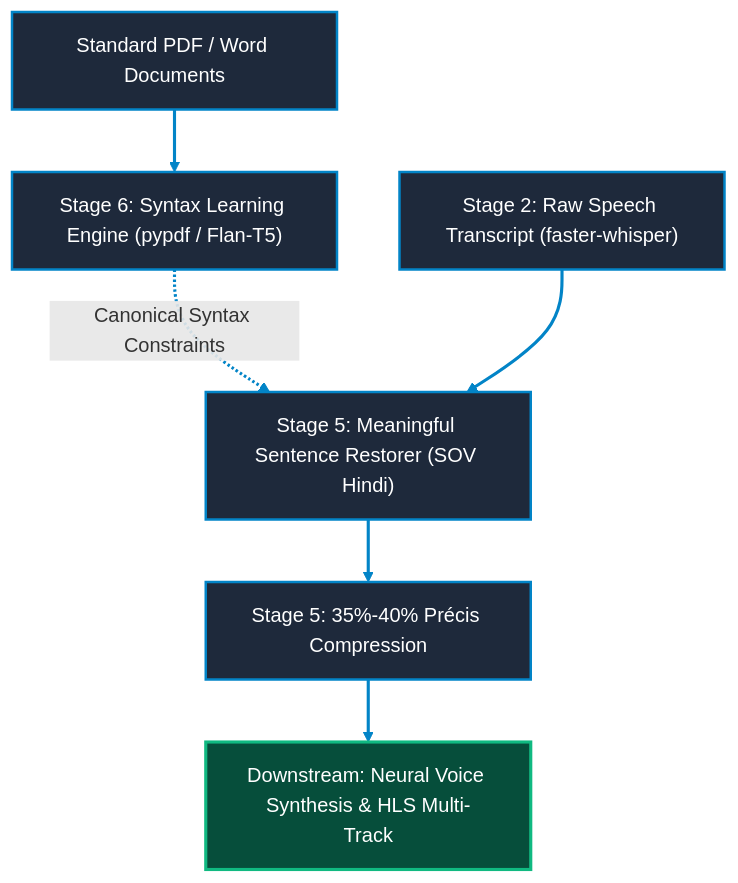
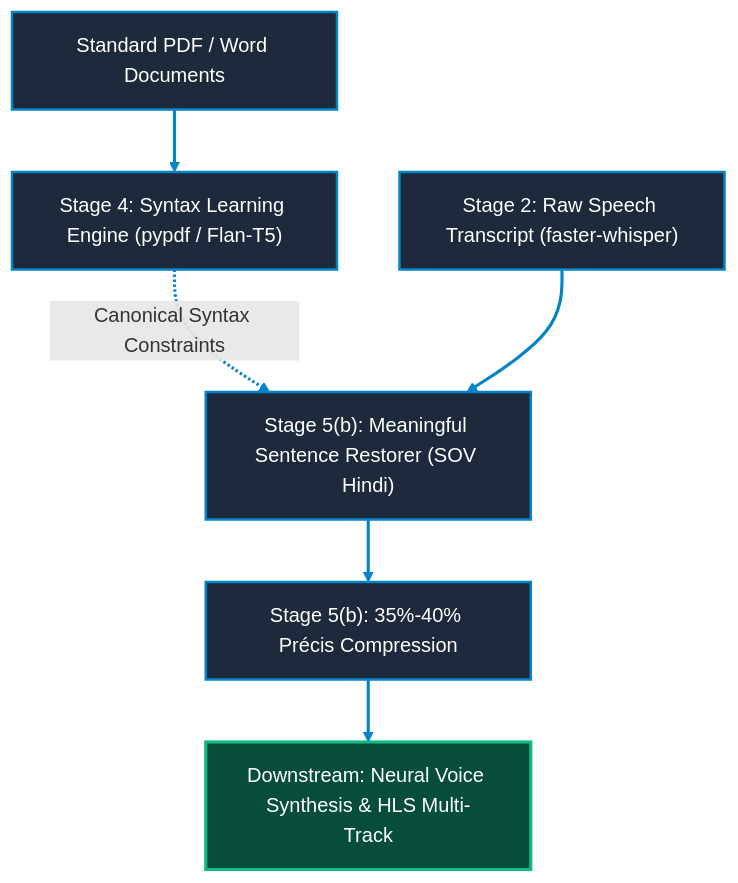
One commit to Babin123456/Nativox changed the diagram in ROADMAP.md. Above: the diagram before and after it, drawn with Mermaid. The commit also changed other lines of this file and 1459 other files, not shown here.

````diff
--- a/ROADMAP.md
+++ b/ROADMAP.md
@@ -16,23 +16,23 @@
 ```mermaid
 graph TD
     DOC["Standard PDF / Word Documents"]
-    INGEST["Stage 6: Syntax Learning Engine (pypdf / Flan-T5)"]
+    INGEST["Stage 4: Syntax Learning Engine (pypdf / Flan-T5)"]
     ASR_IN["Stage 2: Raw Speech Transcript (faster-whisper)"]
-    REFORM["Stage 5: Meaningful Sentence Restorer (SOV Hindi)"]
-    COMPRESS["Stage 5: 35%-40% Précis Compression"]
+    REFORM["Stage 5(b): Meaningful Sentence Restorer (SOV Hindi)"]
+    COMPRESS["Stage 5(b): 35%-40% Précis Compression"]
     SYNTH["Downstream: Neural Voice Synthesis & HLS Multi-Track"]
 
     DOC --> INGEST
     INGEST -.->|Canonical Syntax Constraints| REFORM
     ASR_IN --> REFORM
     REFORM --> COMPRESS
     COMPRESS --> SYNTH
 
     linkStyle default stroke:#0284C7,stroke-width:2.5px;
 
     classDef stageNode fill:#1E293B,stroke:#0284C7,stroke-width:2px,color:#FFFFFF;
     classDef finalNode fill:#064E3B,stroke:#10B981,stroke-width:2.5px,color:#FFFFFF;
 
     class DOC,INGEST,ASR_IN,REFORM,COMPRESS stageNode;
     class SYNTH finalNode;
 ```
````
